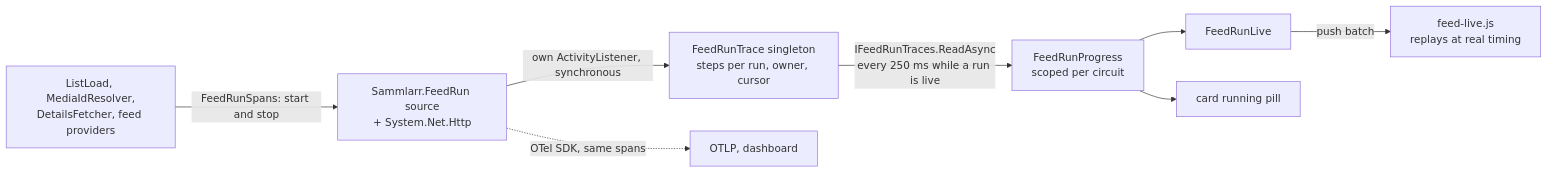
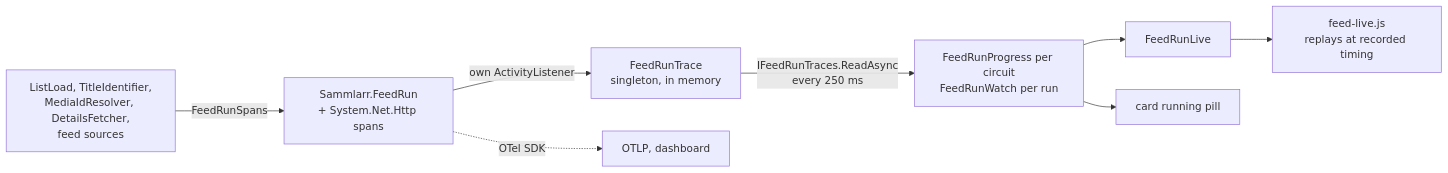
One commit to daerup/Sammlarr changed the diagram in docs/architecture/sections/06-crosscutting.md. Above: the diagram before and after it, drawn with Mermaid. The commit also changed other lines of this file and 3 other files, not shown here.

Commit message:
docs(architecture): chapters 6 to 8 cover concepts, quality and risks

````diff
--- a/docs/architecture/sections/06-crosscutting.md
+++ b/docs/architecture/sections/06-crosscutting.md
@@ -580,9 +441,9 @@
 ```mermaid
 flowchart LR
-  R[ListLoad, MediaIdResolver,<br/>DetailsFetcher, feed providers] -->|FeedRunSpans: start and stop| A[Sammlarr.FeedRun source<br/>+ System.Net.Http]
-  A -->|own ActivityListener, synchronous| T[FeedRunTrace singleton<br/>steps per run, owner, cursor]
-  A -.->|OTel SDK, same spans| O[OTLP, dashboard]
-  T -->|IFeedRunTraces.ReadAsync<br/>every 250 ms while a run is live| P[FeedRunProgress<br/>scoped per circuit]
-  P --> L[FeedRunLive] -->|push batch| J[feed-live.js<br/>replays at real timing]
-  P --> C[card running pill]
+  R[ListLoad, TitleIdentifier,<br/>MediaIdResolver, DetailsFetcher,<br/>feed sources] -->|FeedRunSpans| A[Sammlarr.FeedRun<br/>+ System.Net.Http spans]
+  A -->|own ActivityListener| T[FeedRunTrace<br/>singleton, in memory]
+  A -.->|OTel SDK| O[OTLP, dashboard]
+  T -->|IFeedRunTraces.ReadAsync<br/>every 250 ms| W[FeedRunProgress per circuit<br/>FeedRunWatch per run]
+  W --> L[FeedRunLive] --> J[feed-live.js<br/>replays at recorded timing]
+  W --> C[card running pill]
 ```
````
